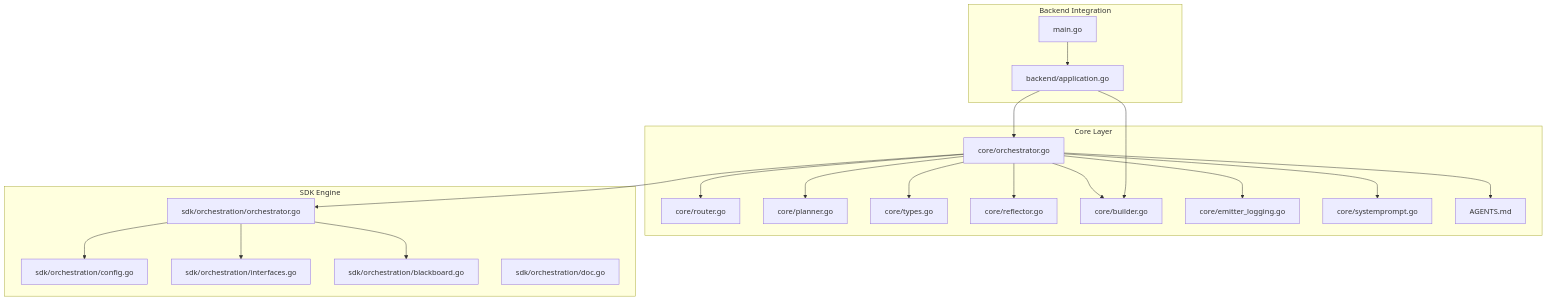
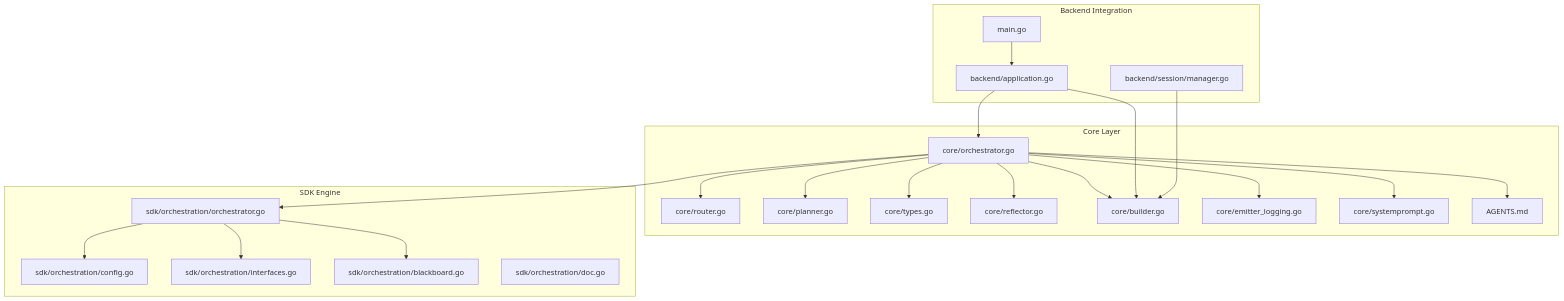
The first of 15 diagrams in .qoder/repowiki/en/content/Core AI Engine/Orchestrator Architecture.md (v0lka/c0wrk), drawn with Mermaid before and after one commit. The commit also changed other lines of this file and 8 other files, not shown here.

````diff
--- a/.qoder/repowiki/en/content/Core AI Engine/Orchestrator Architecture.md
+++ b/.qoder/repowiki/en/content/Core AI Engine/Orchestrator Architecture.md
@@ -53,40 +56,42 @@
 ```mermaid
 graph TB
 subgraph "Core Layer"
 CORE_ORCH["core/orchestrator.go"]
 CORE_ROUTER["core/router.go"]
 CORE_PLANNER["core/planner.go"]
 CORE_TYPES["core/types.go"]
 CORE_REFLECTOR["core/reflector.go"]
 CORE_BUILDER["core/builder.go"]
 CORE_EMIT_LOG["core/emitter_logging.go"]
 CORE_SYSPROMPT["core/systemprompt.go"]
 CORE_AGENTS["AGENTS.md"]
 end
 subgraph "SDK Engine"
 SDK_CFG["sdk/orchestration/config.go"]
 SDK_IFACES["sdk/orchestration/interfaces.go"]
 SDK_ORCH["sdk/orchestration/orchestrator.go"]
 SDK_BB["sdk/orchestration/blackboard.go"]
 SDK_DOC["sdk/orchestration/doc.go"]
 end
 subgraph "Backend Integration"
 BACK_APP["backend/application.go"]
+BACK_MANAGER["backend/session/manager.go"]
 MAIN_GO["main.go"]
 end
 CORE_ORCH --> SDK_ORCH
 CORE_ORCH --> CORE_ROUTER
 CORE_ORCH --> CORE_PLANNER
 CORE_ORCH --> CORE_REFLECTOR
 CORE_ORCH --> CORE_TYPES
 CORE_ORCH --> CORE_BUILDER
 CORE_ORCH --> CORE_EMIT_LOG
 CORE_ORCH --> CORE_SYSPROMPT
 CORE_ORCH --> CORE_AGENTS
 SDK_ORCH --> SDK_CFG
 SDK_ORCH --> SDK_IFACES
 SDK_ORCH --> SDK_BB
 BACK_APP --> CORE_BUILDER
 BACK_APP --> CORE_ORCH
+BACK_MANAGER --> CORE_BUILDER
 MAIN_GO --> BACK_APP
 ```
````
